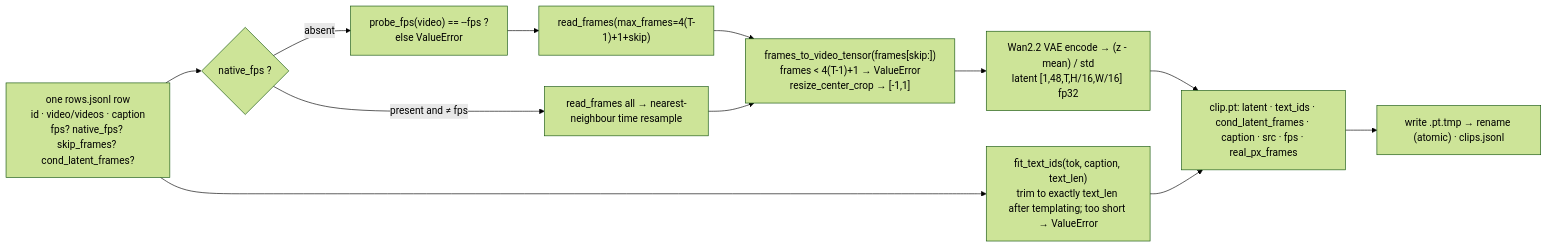
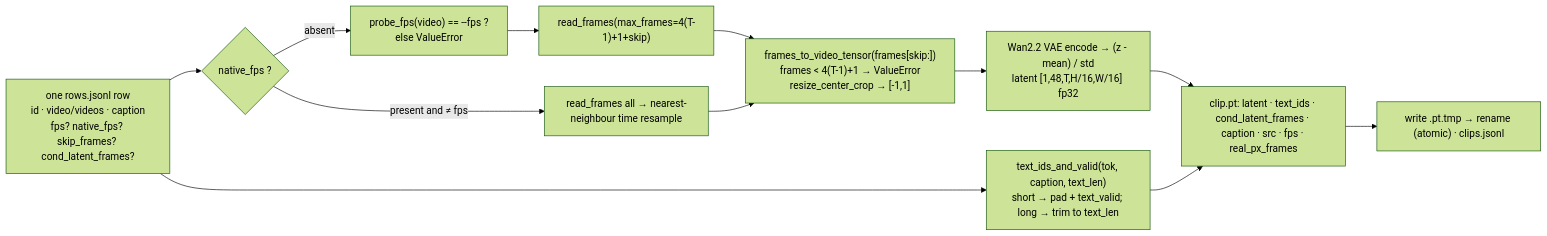
One commit to hokindeng/object-permanence changed the sixth of 13 diagrams in pwm/README.md. Above: the diagram before and after it, drawn with Mermaid (forest theme). The commit also changed other lines of this file and 4 other files, not shown here.

First line of the commit message:
pwm: captions shorter than text_len are padded, not refused

````diff
--- a/pwm/README.md
+++ b/pwm/README.md
@@ -357,14 +358,14 @@
 ```mermaid
 flowchart LR
   M["one rows.jsonl row<br/>id · video/videos · caption<br/>fps? native_fps? skip_frames? cond_latent_frames?"] --> FPS{"native_fps ?"}
   FPS -->|absent| PR["probe_fps(video) == --fps ?<br/>else ValueError"]
   FPS -->|"present and ≠ fps"| RS["read_frames all → nearest-neighbour time resample"]
   PR --> RF["read_frames(max_frames=4(T-1)+1+skip)"]
   RF --> FV
   RS --> FV["frames_to_video_tensor(frames[skip:])<br/>frames < 4(T-1)+1 → ValueError<br/>resize_center_crop → [-1,1]"]
   FV --> VAE["Wan2.2 VAE encode → (z - mean) / std<br/>latent [1,48,T,H/16,W/16] fp32"]
-  M --> TK["fit_text_ids(tok, caption, text_len)<br/>trim to exactly text_len after templating; too short → ValueError"]
+  M --> TK["text_ids_and_valid(tok, caption, text_len)<br/>short → pad + text_valid; long → trim to text_len"]
   VAE --> OUT["clip.pt: latent · text_ids · cond_latent_frames · caption · src · fps · real_px_frames"]
   TK --> OUT
   OUT --> AT["write .pt.tmp → rename (atomic) · clips.jsonl"]
 ```
````
